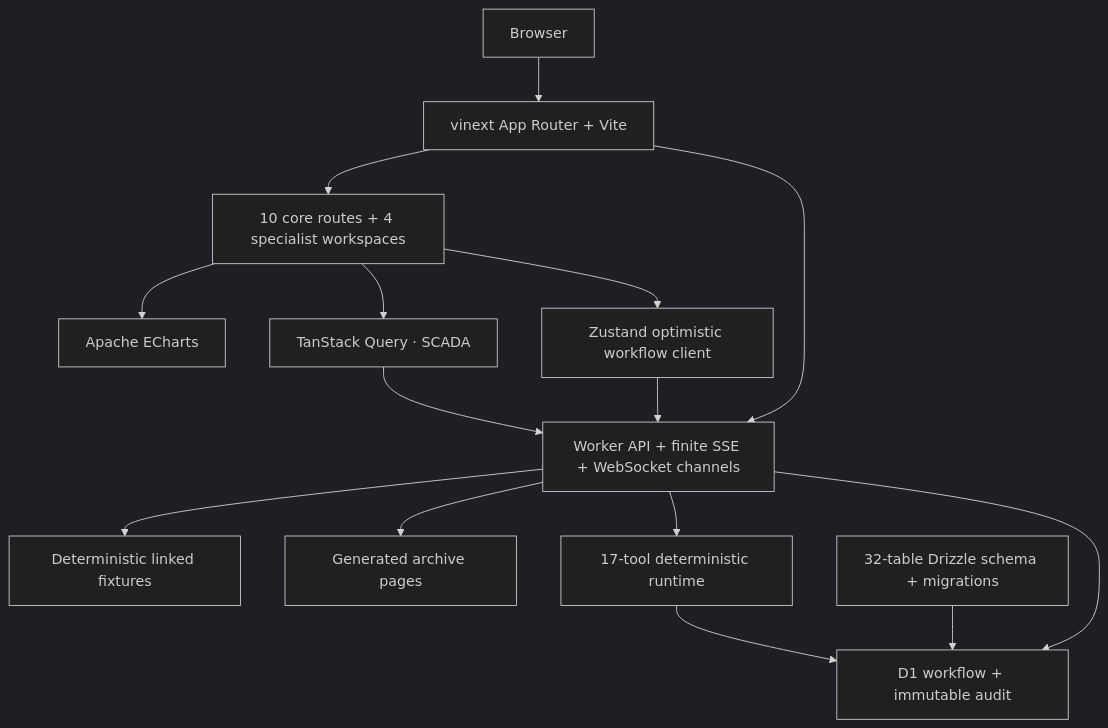
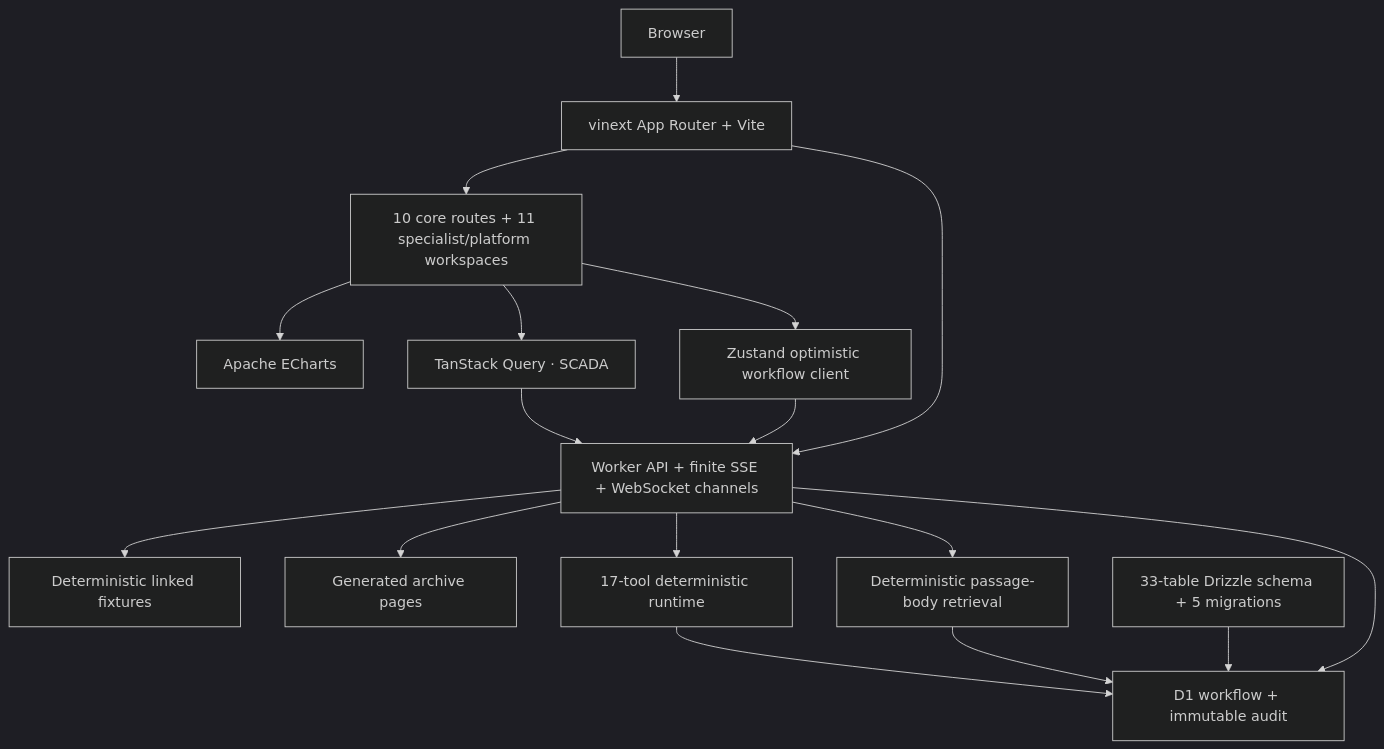
The first of 2 diagrams in README.md (DAT4RIAN/OpenVigil), drawn with Mermaid (dark theme) before and after one commit. The commit also changed other lines of this file, not shown here.

First line of the commit message:
Document expanded WindOps platform scope

````diff
--- a/README.md
+++ b/README.md
@@ -88,17 +97,19 @@
 ```mermaid
 flowchart TB
   browser["Browser"] --> runtime["vinext App Router + Vite"]
-  runtime --> pages["10 core routes + 4 specialist workspaces"]
+  runtime --> pages["10 core routes + 11 specialist/platform workspaces"]
   runtime --> api["Worker API + finite SSE + WebSocket channels"]
   pages --> charts["Apache ECharts"]
   pages --> query["TanStack Query · SCADA"]
   pages --> workflow["Zustand optimistic workflow client"]
   workflow --> api
   query --> api
   api --> fixtures["Deterministic linked fixtures"]
   api --> archive["Generated archive pages"]
   api --> tools["17-tool deterministic runtime"]
   tools --> d1["D1 AgentExecution ledger"]
+  api --> passages["Deterministic passage-body retrieval"]
+  passages --> d1
   api --> d1["D1 workflow + immutable audit"]
-  schema["32-table Drizzle schema + migrations"] --> d1
+  schema["33-table Drizzle schema + 5 migrations"] --> d1
 ```
````
